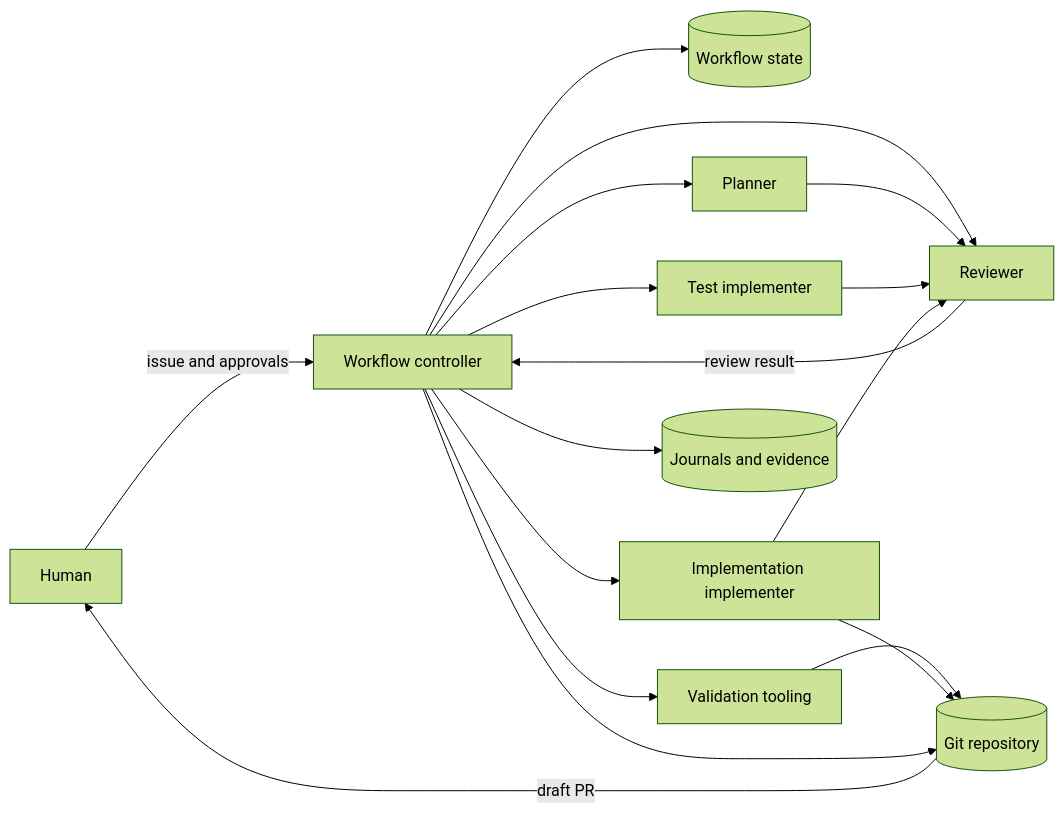
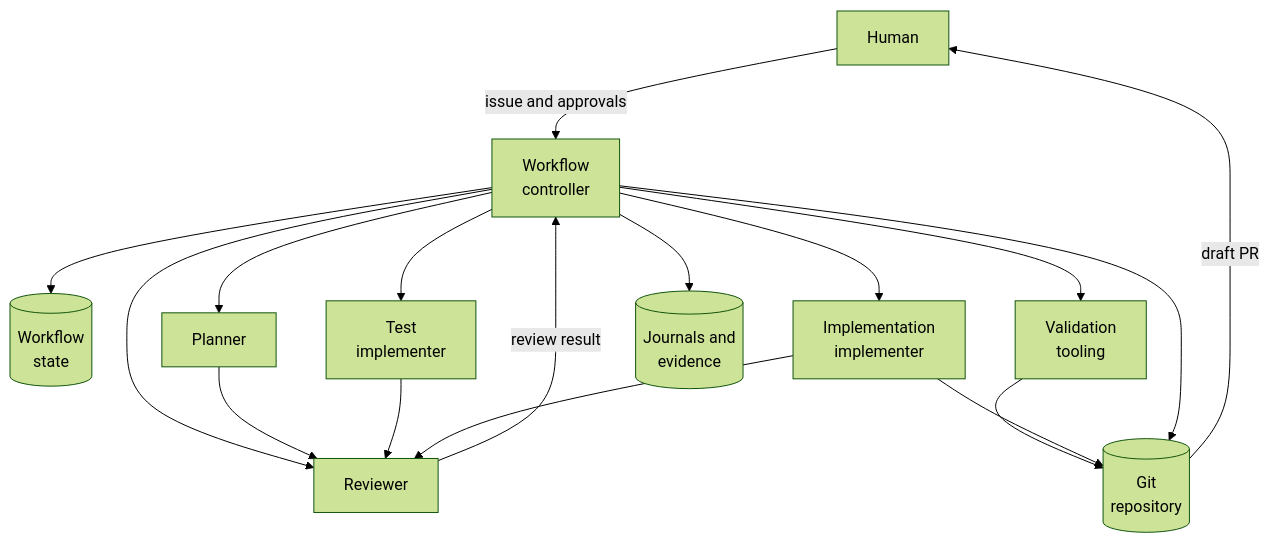
One commit to NathanZK/Fidenaut changed the first of 5 diagrams in docs/engineering/agent-workflow-architecture.md. Above: the diagram before and after it, drawn with Mermaid (forest theme). The commit also changed other lines of this file, not shown here.

Commit message:
Fix issue #305: Resolve overlapping and clipped Mermaid labels

````diff
--- a/docs/engineering/agent-workflow-architecture.md
+++ b/docs/engineering/agent-workflow-architecture.md
@@ -15,19 +15,19 @@
 ```mermaid
-flowchart LR
-    H[Human] -->|issue and approvals| C[Workflow controller]
-    C --> S[(Workflow state)]
+flowchart TB
+    H[Human] -->|issue and approvals| C[Workflow<br/>controller]
+    C --> S[(Workflow<br/>state)]
     C --> P[Planner]
-    C --> T[Test implementer]
-    C --> I[Implementation implementer]
+    C --> T[Test<br/>implementer]
+    C --> I[Implementation<br/>implementer]
     C --> R[Reviewer]
-    C --> V[Validation tooling]
-    C --> J[(Journals and evidence)]
+    C --> V[Validation<br/>tooling]
+    C --> J[(Journals and<br/>evidence)]
     P --> R
     T --> R
     I --> R
     R -->|review result| C
-    V --> G[(Git repository)]
+    V --> G[(Git<br/>repository)]
     I --> G
     C --> G
     G -->|draft PR| H
 ```
````
